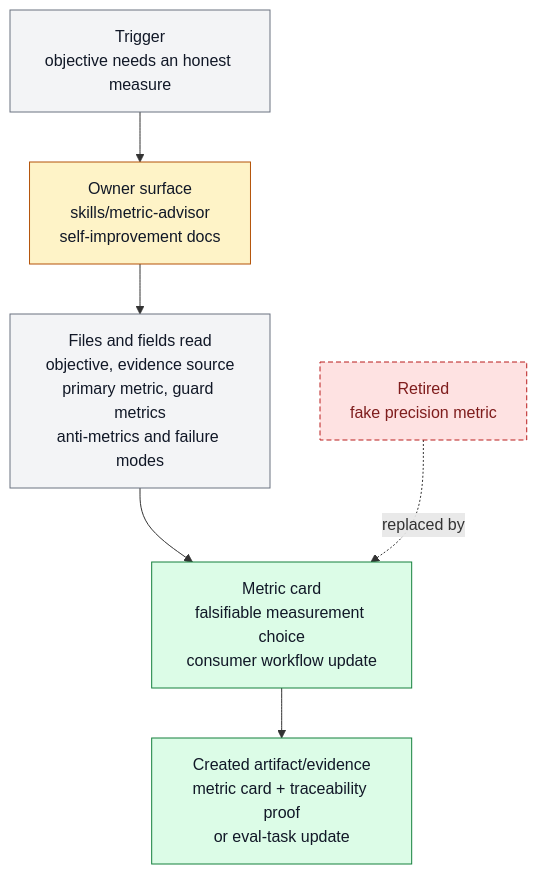
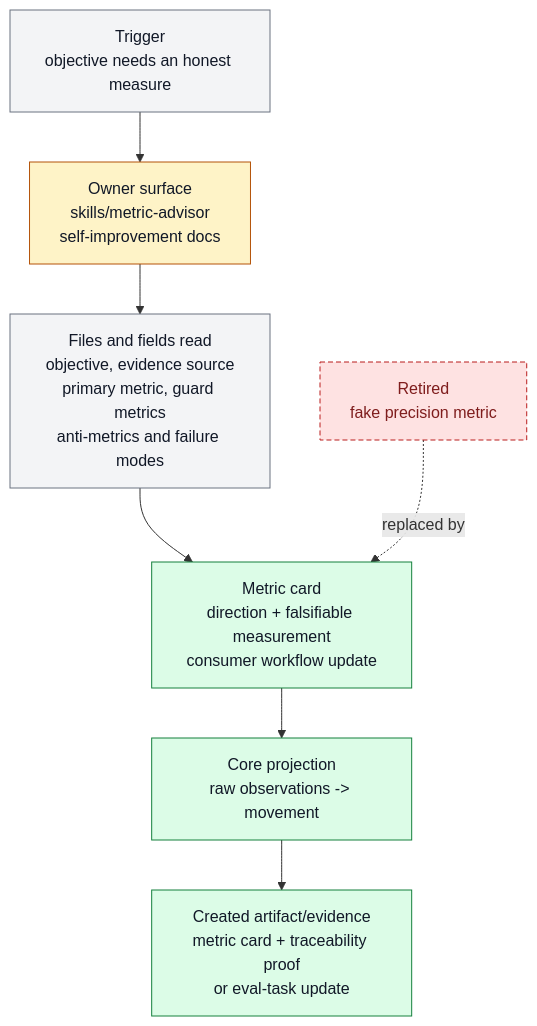
One commit to ZanarkandTechnologies/Farplane changed the diagram in docs/features/FEAT-0063-metric-advisor-cards.md. Above: the diagram before and after it, drawn with Mermaid. The commit also changed other lines of this file and 374 other files, not shown here.

````diff
--- a/docs/features/FEAT-0063-metric-advisor-cards.md
+++ b/docs/features/FEAT-0063-metric-advisor-cards.md
@@ -100,17 +111,18 @@
 ```mermaid
 flowchart TD
   classDef keep fill:#f3f4f6,stroke:#6b7280,color:#111827
   classDef changed fill:#fef3c7,stroke:#b45309,color:#111827
   classDef added fill:#dcfce7,stroke:#15803d,color:#111827
   classDef retired fill:#fee2e2,stroke:#b91c1c,color:#7f1d1d,stroke-dasharray: 5 3
 
   trigger["Trigger<br/>objective needs an honest measure"]:::keep
   owner["Owner surface<br/>skills/metric-advisor<br/>self-improvement docs"]:::changed
   readers["Files and fields read<br/>objective, evidence source<br/>primary metric, guard metrics<br/>anti-metrics and failure modes"]:::keep
-  card["Metric card<br/>falsifiable measurement choice<br/>consumer workflow update"]:::added
+  card["Metric card<br/>direction + falsifiable measurement<br/>consumer workflow update"]:::added
+  movement["Core projection<br/>raw observations -> movement"]:::added
   artifact["Created artifact/evidence<br/>metric card + traceability proof<br/>or eval-task update"]:::added
   old["Retired<br/>fake precision metric"]:::retired
 
-  trigger --> owner --> readers --> card --> artifact
+  trigger --> owner --> readers --> card --> movement --> artifact
   old -. replaced by .-> card
 ```
````
